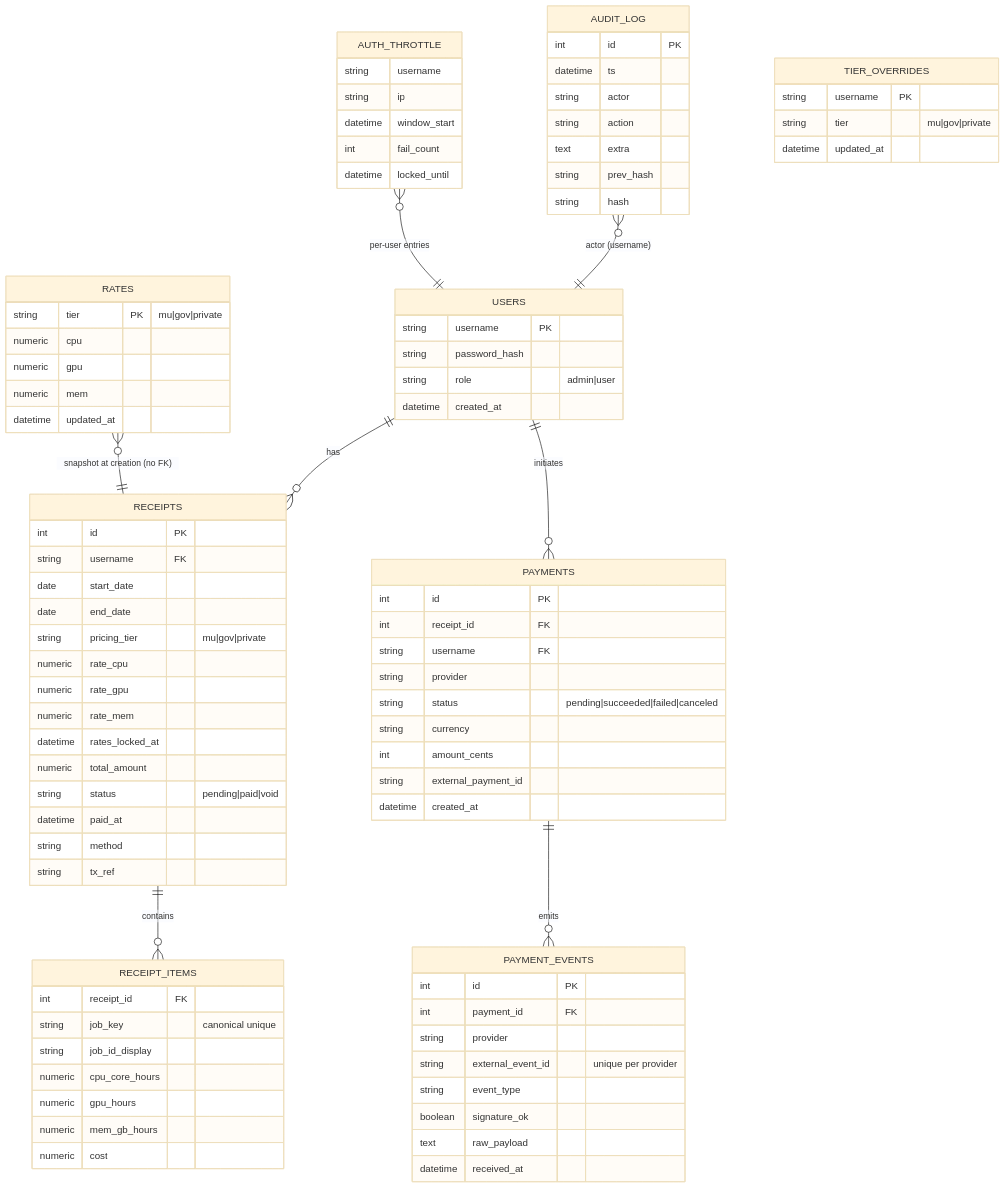
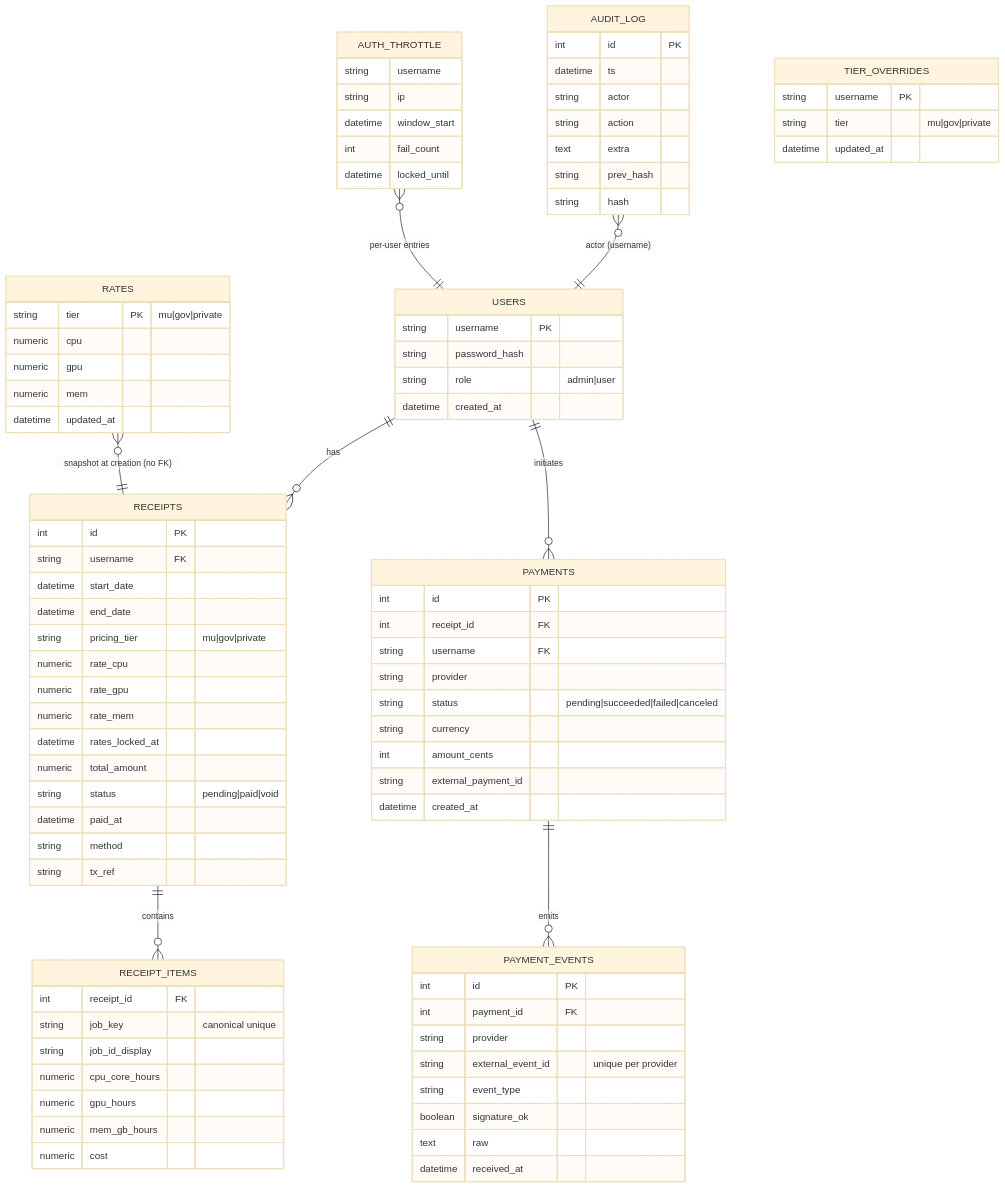
One commit to Purinat33/hpc_flask changed the fifth of 9 diagrams in docs/02-architecture.md. Above: the diagram before and after it, drawn with Mermaid (base theme). The commit also changed 4 other files, not shown here.

```diff
--- a/docs/02-architecture.md
+++ b/docs/02-architecture.md
@@ -207,8 +207,8 @@
   RECEIPTS {
     int id PK
     string username FK
-    date start_date
-    date end_date
+    datetime start_date
+    datetime end_date
 
     string pricing_tier "mu|gov|private"
     numeric rate_cpu
@@ -252,7 +252,7 @@
     string external_event_id "unique per provider"
     string event_type
     boolean signature_ok
-    text raw_payload
+    text raw
     datetime received_at
   }
 
```
